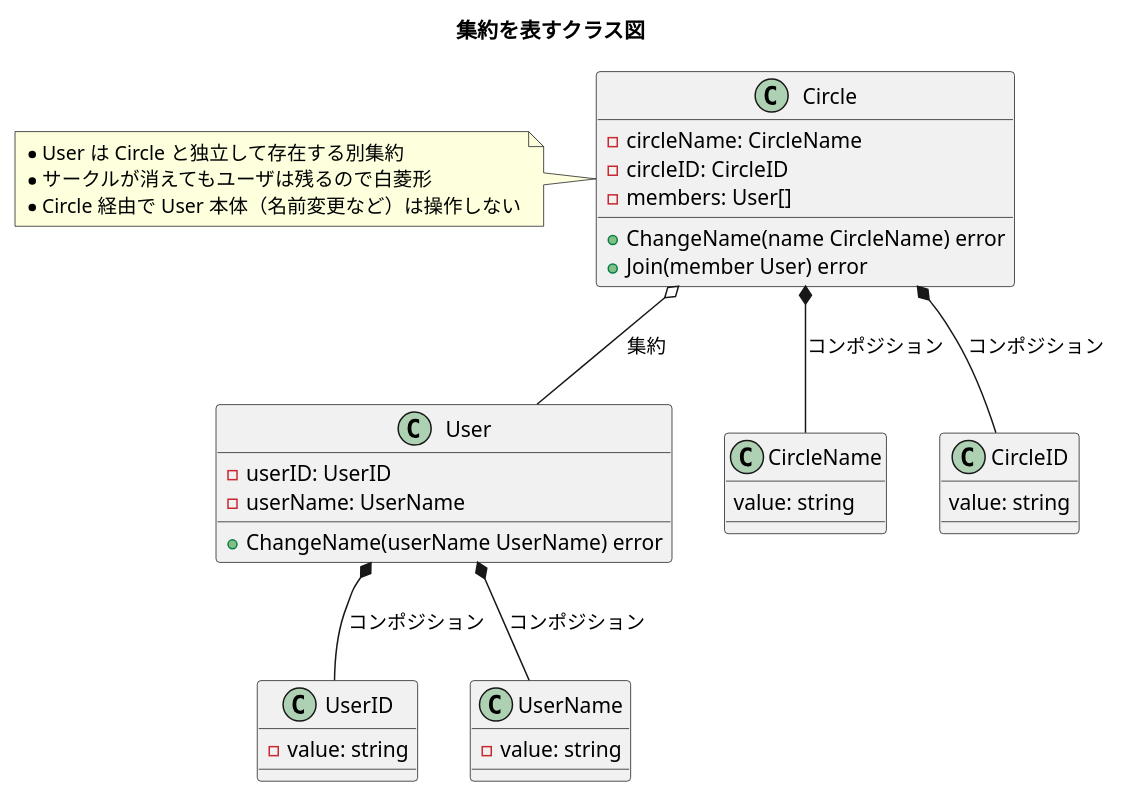
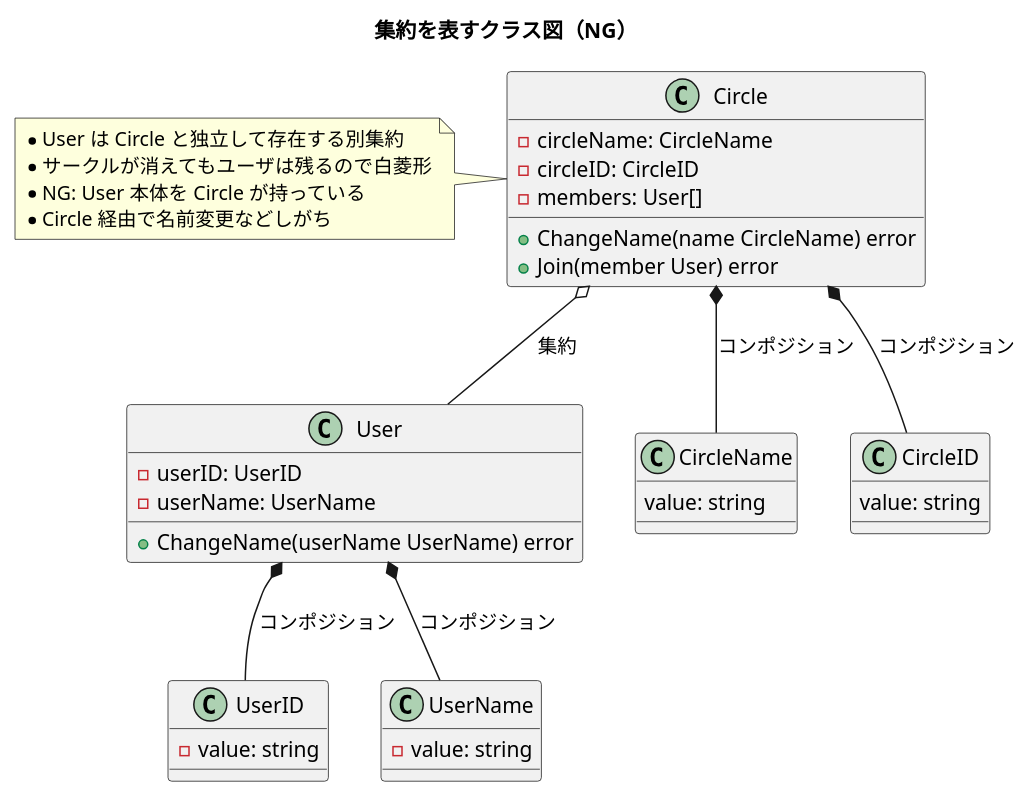
The diagram in diagrams/ch12-aggregate-circle.puml (Yuki-TU/ddd), drawn with PlantUML before and after one commit. The commit also changed 4 other files, not shown here.

Commit message:
12章の Circle 図を NG / OK に分け、コードも circleID と circleName を持つ形に揃える。

```diff
--- a/diagrams/ch12-aggregate-circle.puml
+++ b/diagrams/ch12-aggregate-circle.puml
@@ -1,46 +1,45 @@
 @startuml
-title 集約を表すクラス図
+title 集約を表すクラス図（NG）
 
 class User {
   - userID: UserID
   - userName: UserName
   + ChangeName(userName UserName) error
 }
 
 class UserID {
   - value: string
 }
-' note bottom
-' 集約境界内オブジェクト
-' endnote
 
 class UserName {
   - value: string
 }
+
 class Circle {
   - circleName: CircleName
   - circleID: CircleID
   - members: User[]
   + ChangeName(name CircleName) error
   + Join(member User) error
 }
 
 note left
 * User は Circle と独立して存在する別集約
 * サークルが消えてもユーザは残るので白菱形
-* Circle 経由で User 本体（名前変更など）は操作しない
+* NG: User 本体を Circle が持っている
+* Circle 経由で名前変更などしがち
 endnote
 
 class CircleName {
   value: string
 }
 class CircleID {
   value: string
 }
 
 User *-- UserID: コンポジション
 User *-- UserName: コンポジション
 Circle *-- CircleID: コンポジション
 Circle *-- CircleName: コンポジション
 Circle o-- User: 集約
 @enduml
```
